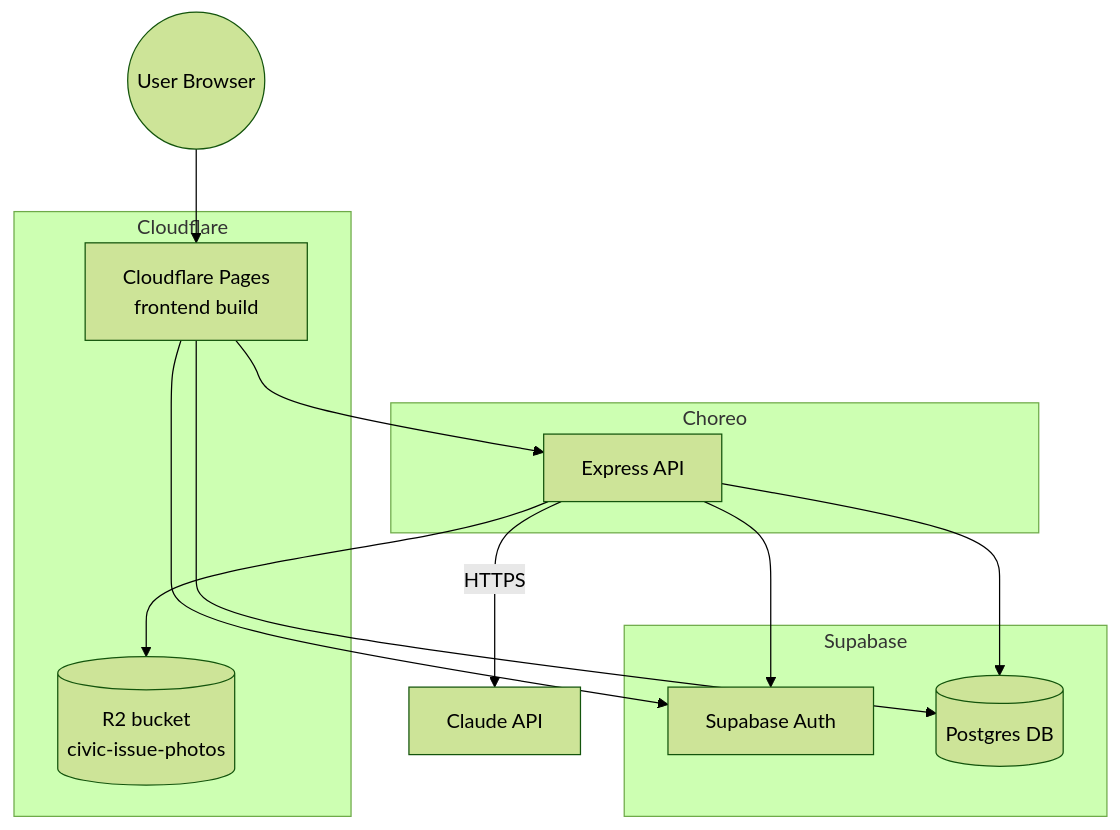
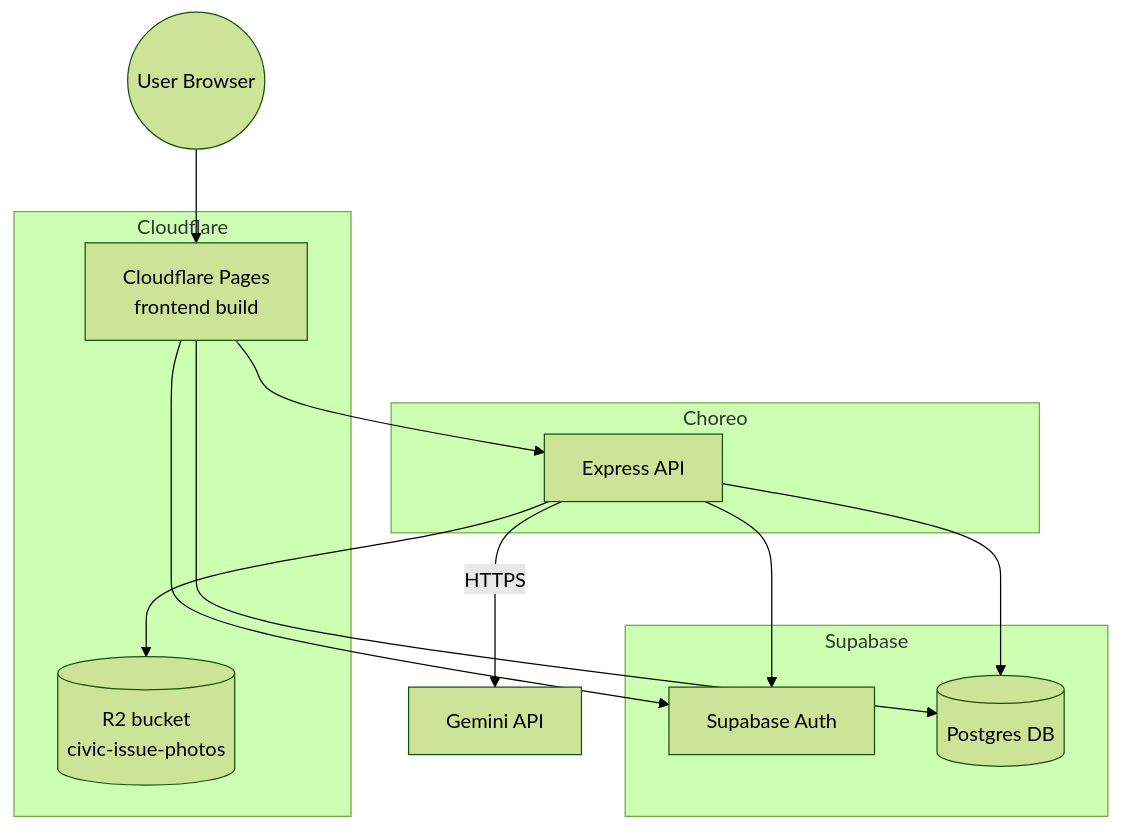
Before and after one commit to HasithaErandika/resolve-lk: the fifth of 5 diagrams in docs/srs/04-architecture.md, drawn with Mermaid (forest theme). The commit also changed other lines of this file and 40 other files, not shown here.

Commit message:
feat: basic flow init with docs

````diff
--- a/docs/srs/04-architecture.md
+++ b/docs/srs/04-architecture.md
@@ -75,22 +110,22 @@
 ```mermaid
 flowchart TB
     subgraph Cloudflare
         Pages[Cloudflare Pages<br/>frontend build]
         R2[(R2 bucket<br/>civic-issue-photos)]
     end
     subgraph Choreo
         Backend[Express API]
     end
     subgraph Supabase
         Auth[Supabase Auth]
         Postgres[(Postgres DB)]
     end
     Browser((User Browser)) --> Pages
     Pages --> Backend
     Pages --> Auth
     Pages --> Postgres
     Backend --> R2
     Backend --> Postgres
     Backend --> Auth
-    Backend -->|HTTPS| ClaudeAPI[Claude API]
+    Backend -->|HTTPS| GeminiAPI[Gemini API]
 ```
````
